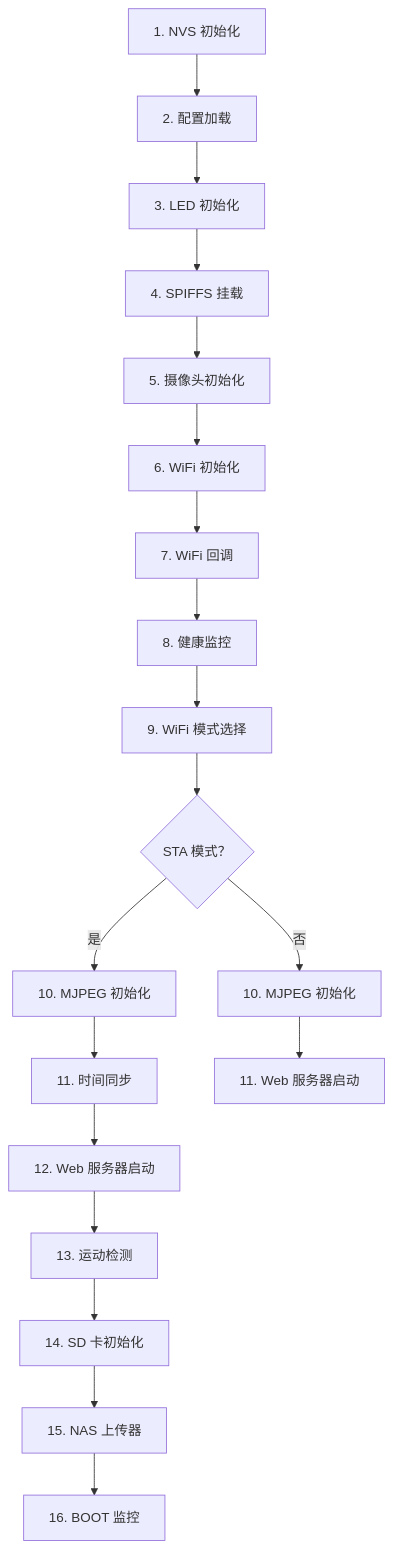
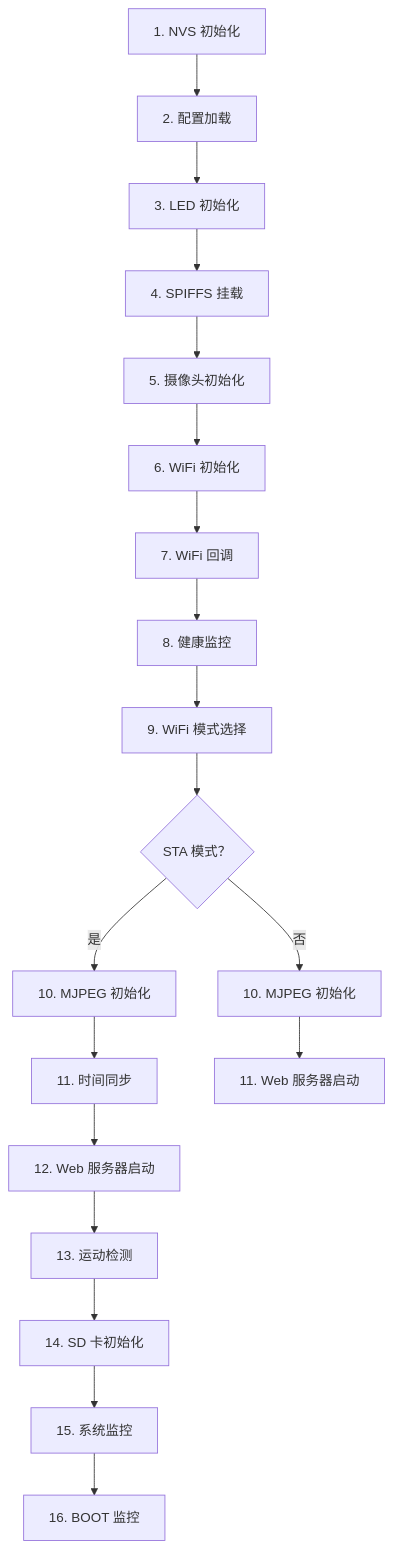
Before and after one commit to Mi-Bee-Studio/ai-thinker-esp32-cam: the diagram in docs/zh/architecture.md, drawn with Mermaid. The commit also changed other lines of this file and 19 other files, not shown here.

````diff
--- a/docs/zh/architecture.md
+++ b/docs/zh/architecture.md
@@ -144,21 +139,21 @@
 ```mermaid
 graph TD
     A[1. NVS 初始化] --> B[2. 配置加载]
     B --> C[3. LED 初始化]
     C --> D[4. SPIFFS 挂载]
     D --> E[5. 摄像头初始化]
     E --> F[6. WiFi 初始化]
     F --> G[7. WiFi 回调]
     G --> H[8. 健康监控]
     H --> I[9. WiFi 模式选择]
     I --> J{STA 模式？}
     J -->|是| K[10. MJPEG 初始化]
     J -->|否| L[10. MJPEG 初始化]
     K --> M[11. 时间同步]
     L --> N[11. Web 服务器启动]
     M --> O[12. Web 服务器启动]
     O --> P[13. 运动检测]
     P --> Q[14. SD 卡初始化]
-    Q --> R[15. NAS 上传器]
+    Q --> R[15. 系统监控]
     R --> S[16. BOOT 监控]
 ```
````
